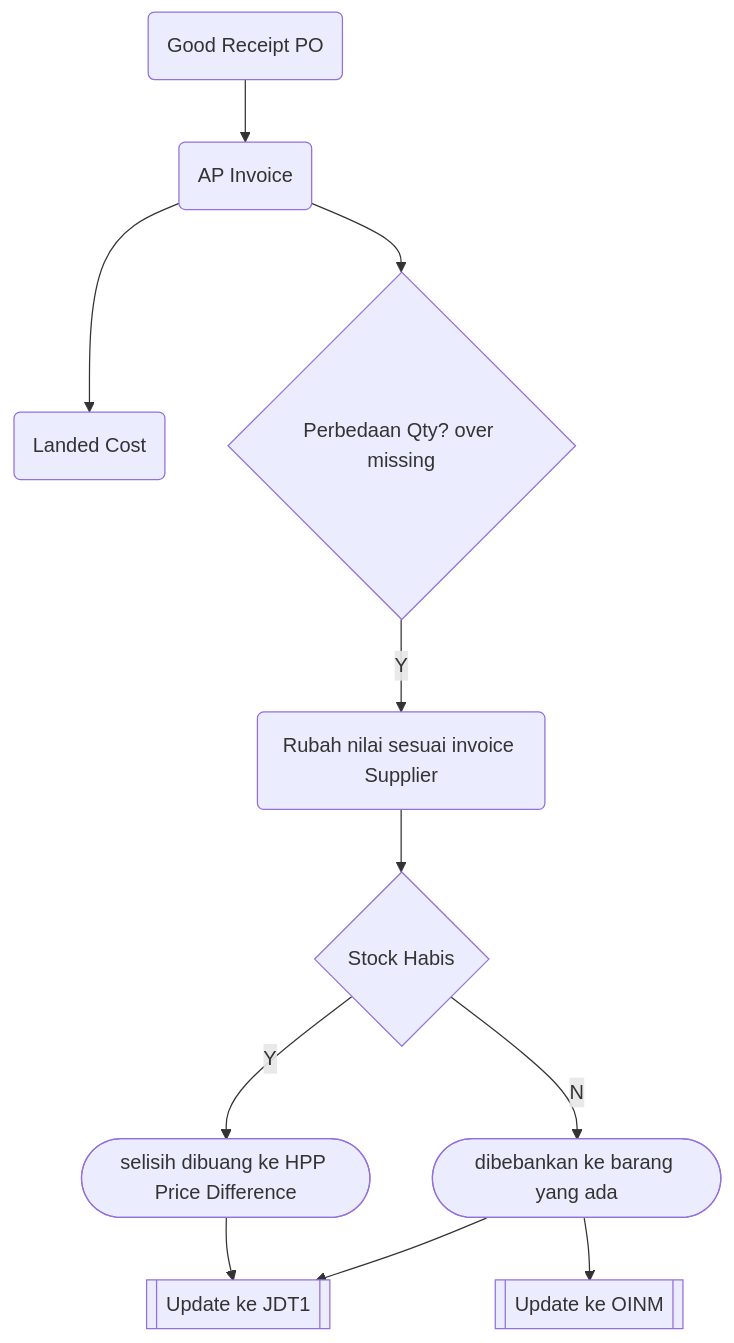
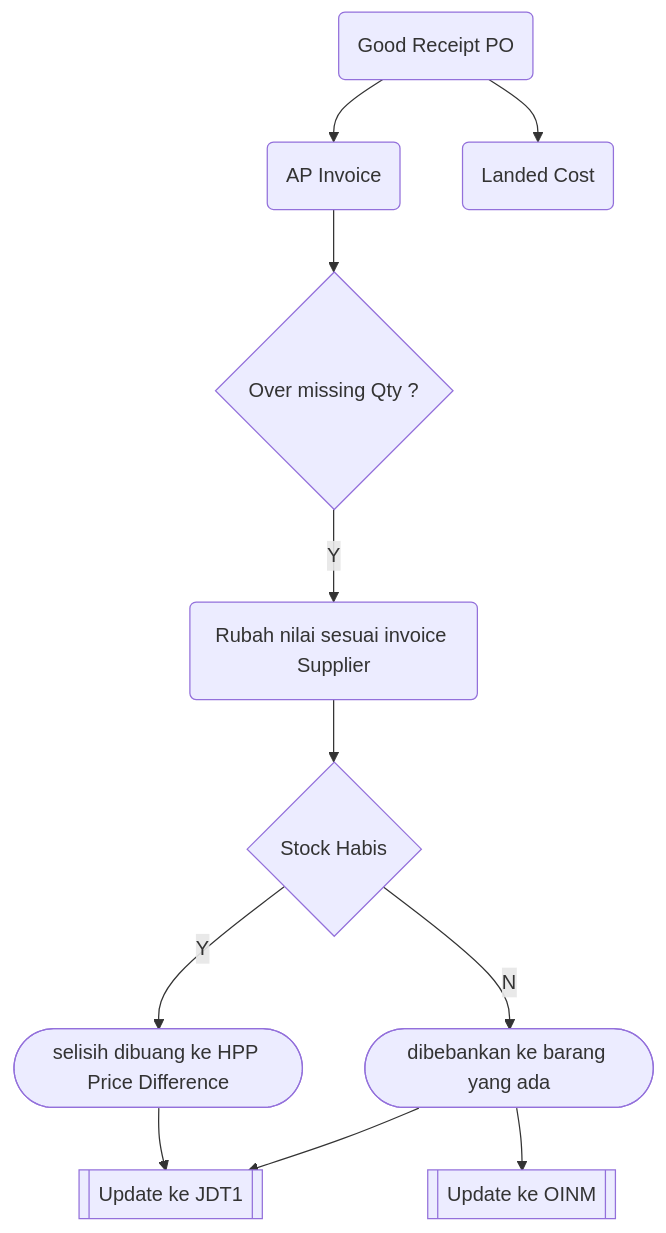
One commit to andyut/cnw_doc changed the second of 2 diagrams in awr_PembelianChecklist.md. Above: the diagram before and after it, drawn with Mermaid. The commit also changed other lines of this file, not shown here.

````diff
--- a/awr_PembelianChecklist.md
+++ b/awr_PembelianChecklist.md
@@ -61,16 +61,16 @@
 ```mermaid
 graph TD
 A(Good Receipt PO) --> A1(AP Invoice)
-A1 --> A2(Landed Cost) 
+A --> A2(Landed Cost) 
 
-A1 --> B{Perbedaan Qty? over missing}
+A1 --> B{Over missing Qty ?}
 B -->|Y| C(Rubah nilai sesuai invoice Supplier)
 C --> D{Stock Habis}
 D-->|Y| E([selisih dibuang ke HPP Price Difference])
 D-->|N| F([dibebankan ke barang yang ada])
 F--> H[[ Update ke JDT1 ]]
 E -->H[[ Update ke JDT1 ]] 
 F--> G[[ Update ke OINM ]]
 
 
 ```
````
